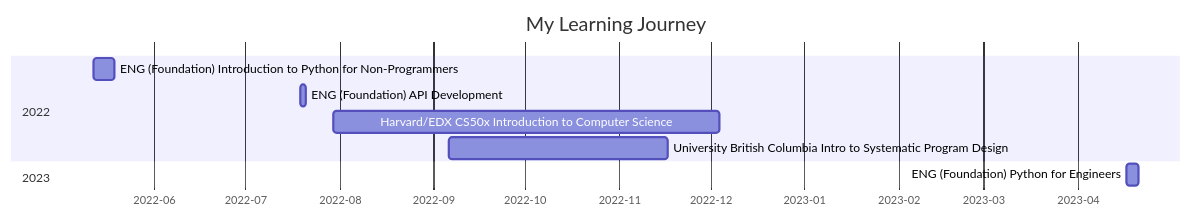
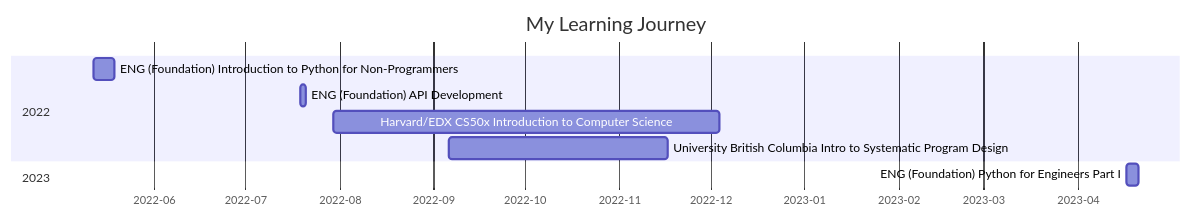
One commit to CodyCardinal/My-Learning-Journey changed the diagram in README.md. Above: the diagram before and after it, drawn with Mermaid.

Commit message:
Update README.md
fixed a colon

````diff
--- a/README.md
+++ b/README.md
@@ -3,16 +3,16 @@
 ```mermaid
 gantt
     title My Learning Journey
 
     dateFormat YYYY-MM-DD
     axisFormat %Y-%m
 
 section 2022
 ENG (Foundation) Introduction to Python for Non-Programmers: 2022-05-12, 2022-05-19
 ENG (Foundation) API Development: 2022-07-19, 2022-07-21
 Harvard/EDX CS50x Introduction to Computer Science: 2022-07-30, 2022-12-04
 University British Columbia Intro to Systematic Program Design: 2022-09-06, 2022-11-17
 
 section 2023
-ENG (Foundation) Python for Engineers: Part I: 2023-04-17, 2023-04-21
+ENG (Foundation) Python for Engineers Part I: 2023-04-17, 2023-04-21
 ```
````
